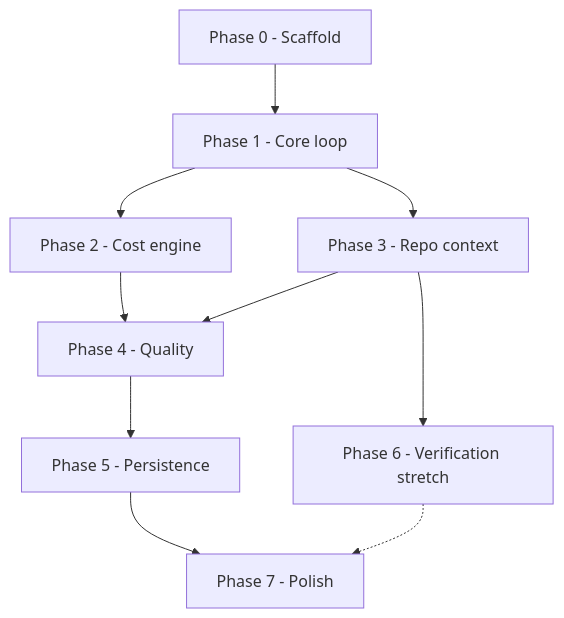
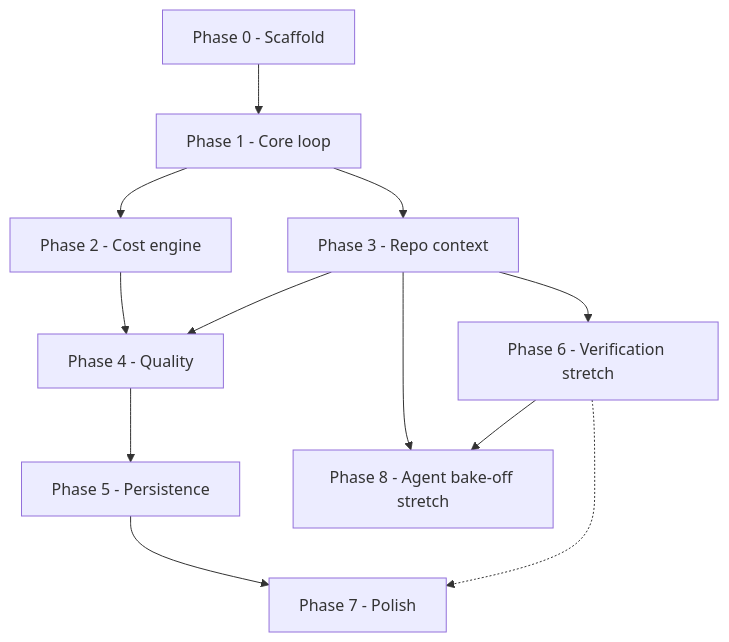
Before and after one commit to thomasiverson/octogon: the diagram in plan/README.md, drawn with Mermaid. The commit also changed other lines of this file and 11 other files, not shown here.

Commit message:
feat: Ask action row (judge/verify), provider-grouped + price-sorted model picker, Activity Bar icon; docs: add Phase 8 agent bake-off plan

````diff
--- a/plan/README.md
+++ b/plan/README.md
@@ -61,12 +62,14 @@
 ```mermaid
 flowchart TD
   P0[Phase 0 - Scaffold] --> P1[Phase 1 - Core loop]
   P1 --> P2[Phase 2 - Cost engine]
   P1 --> P3[Phase 3 - Repo context]
   P2 --> P4[Phase 4 - Quality]
   P3 --> P4
   P4 --> P5[Phase 5 - Persistence]
   P3 --> P6[Phase 6 - Verification stretch]
   P5 --> P7[Phase 7 - Polish]
   P6 -.-> P7
+  P3 --> P8[Phase 8 - Agent bake-off stretch]
+  P6 --> P8
 ```
````
